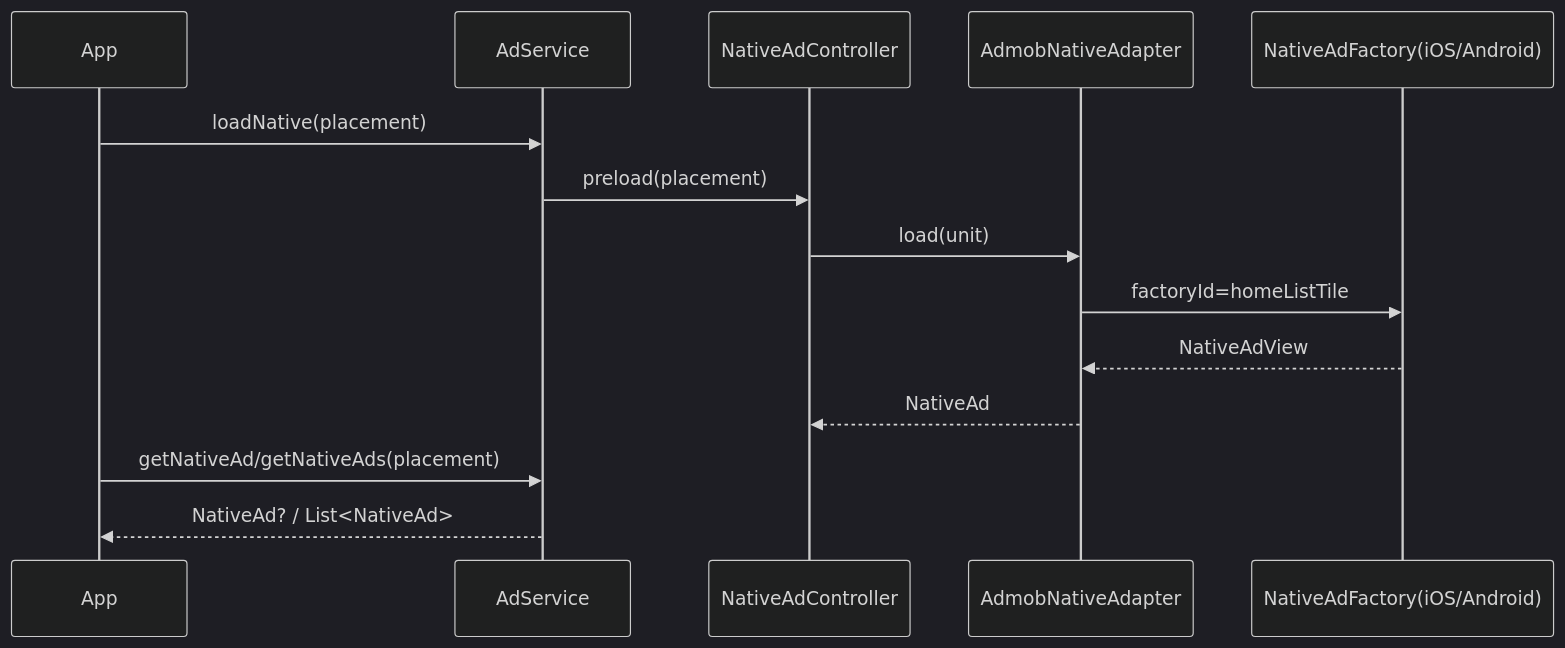
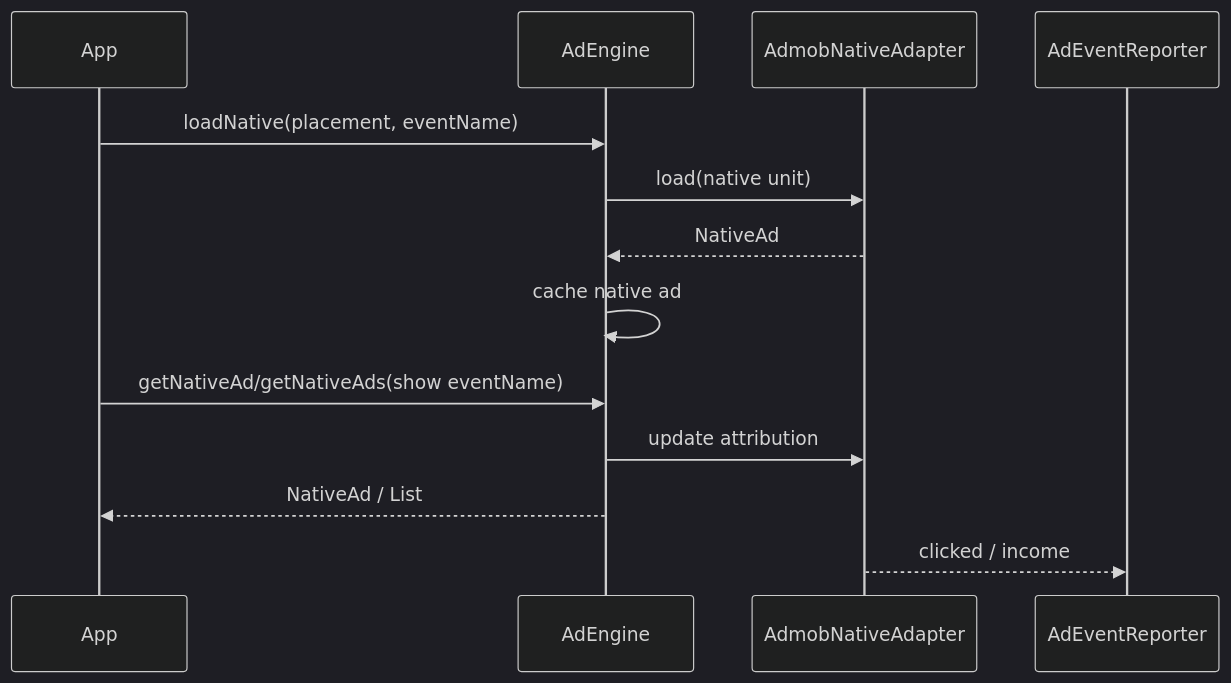
One commit to yanmingLiu/flutter_ad_plugin changed the sixth of 7 diagrams in README.md. Above: the diagram before and after it, drawn with Mermaid (dark theme). The commit also changed other lines of this file and 10 other files, not shown here.

Commit message:
refactor: simplify ad plugin architecture and logging

````diff
--- a/README.md
+++ b/README.md
@@ -530,17 +702,16 @@
 ```mermaid
 sequenceDiagram
   participant App
-  participant Service as AdService
-  participant Native as NativeAdController
+  participant Engine as AdEngine
   participant Adapter as AdmobNativeAdapter
-  participant Factory as NativeAdFactory(iOS/Android)
+  participant Reporter as AdEventReporter
 
-  App->>Service: loadNative(placement)
-  Service->>Native: preload(placement)
-  Native->>Adapter: load(unit)
-  Adapter->>Factory: factoryId=homeListTile
-  Factory-->>Adapter: NativeAdView
-  Adapter-->>Native: NativeAd
-  App->>Service: getNativeAd/getNativeAds(placement)
-  Service-->>App: NativeAd? / List<NativeAd>
+  App->>Engine: loadNative(placement, eventName)
+  Engine->>Adapter: load(native unit)
+  Adapter-->>Engine: NativeAd
+  Engine->>Engine: cache native ad
+  App->>Engine: getNativeAd/getNativeAds(show eventName)
+  Engine->>Adapter: update attribution
+  Engine-->>App: NativeAd / List
+  Adapter-->>Reporter: clicked / income
 ```
````
